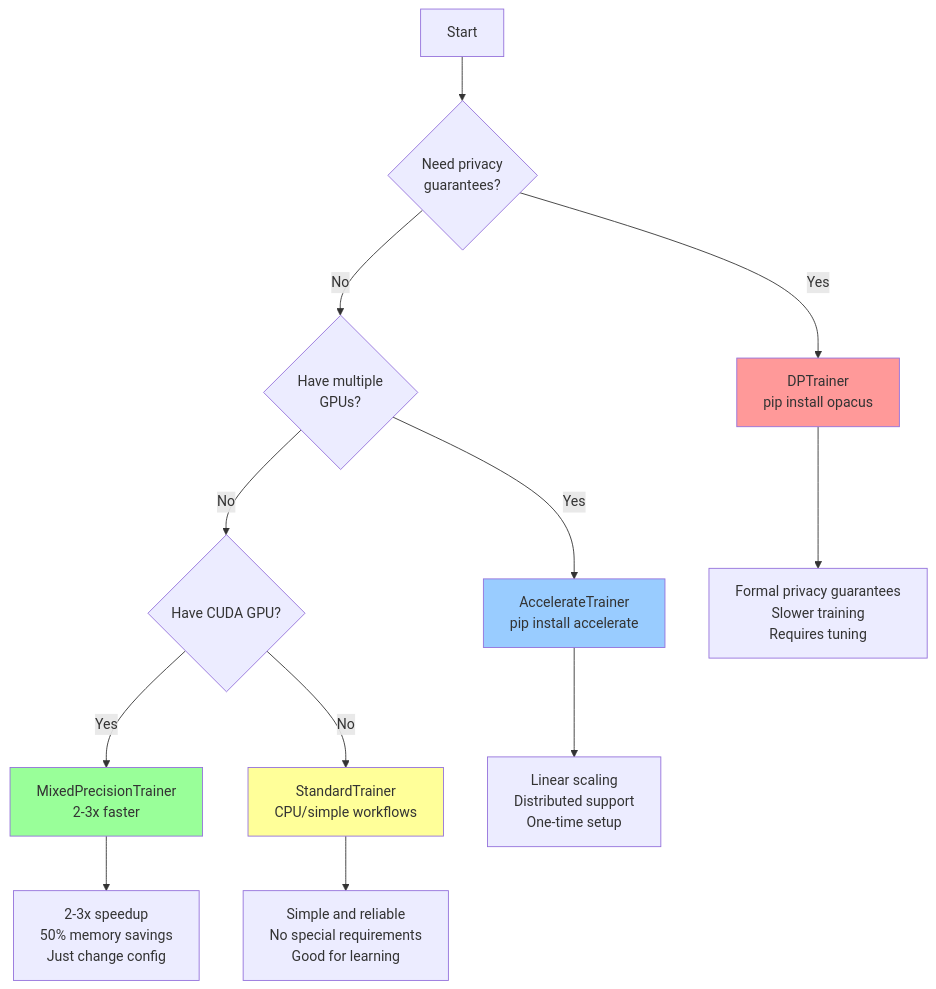
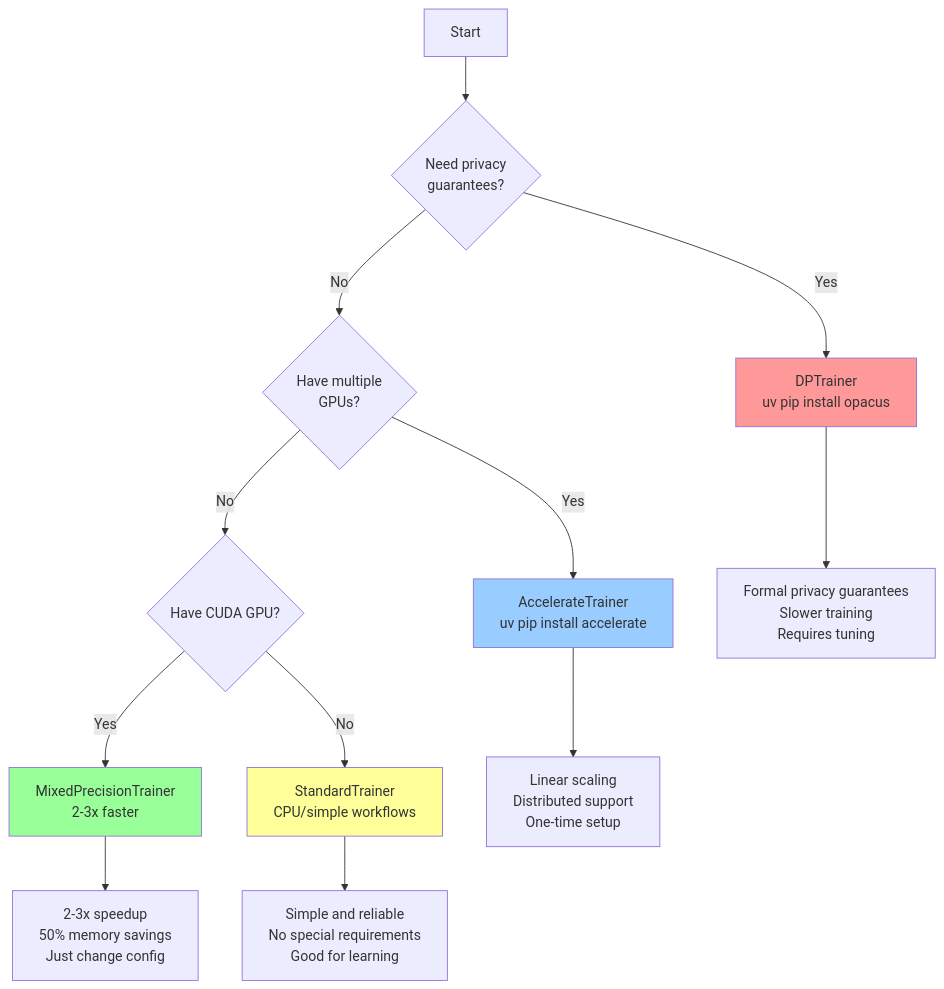
The diagram in docs/user-guides/advanced-training.md (aymuos15/nnClassification), drawn with Mermaid before and after one commit. The commit also changed other lines of this file and 26 other files, not shown here.

````diff
--- a/docs/user-guides/advanced-training.md
+++ b/docs/user-guides/advanced-training.md
@@ -11,20 +11,20 @@
 ```mermaid
 graph TD
     A[Start] --> B{Need privacy<br/>guarantees?}
-    B -->|Yes| C[DPTrainer<br/>pip install opacus]
+    B -->|Yes| C[DPTrainer<br/>uv pip install opacus]
     B -->|No| D{Have multiple<br/>GPUs?}
-    D -->|Yes| E[AccelerateTrainer<br/>pip install accelerate]
+    D -->|Yes| E[AccelerateTrainer<br/>uv pip install accelerate]
     D -->|No| F{Have CUDA GPU?}
     F -->|Yes| G[MixedPrecisionTrainer<br/>2-3x faster]
     F -->|No| H[StandardTrainer<br/>CPU/simple workflows]
 
     C --> C1[Formal privacy guarantees<br/>Slower training<br/>Requires tuning]
     E --> E1[Linear scaling<br/>Distributed support<br/>One-time setup]
     G --> G1[2-3x speedup<br/>50% memory savings<br/>Just change config]
     H --> H1[Simple and reliable<br/>No special requirements<br/>Good for learning]
 
     style C fill:#ff9999
     style E fill:#99ccff
     style G fill:#99ff99
     style H fill:#ffff99
 ```
````
